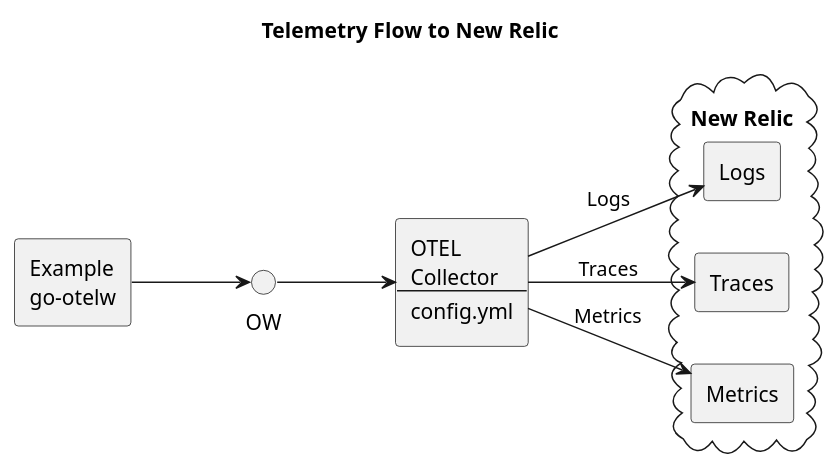
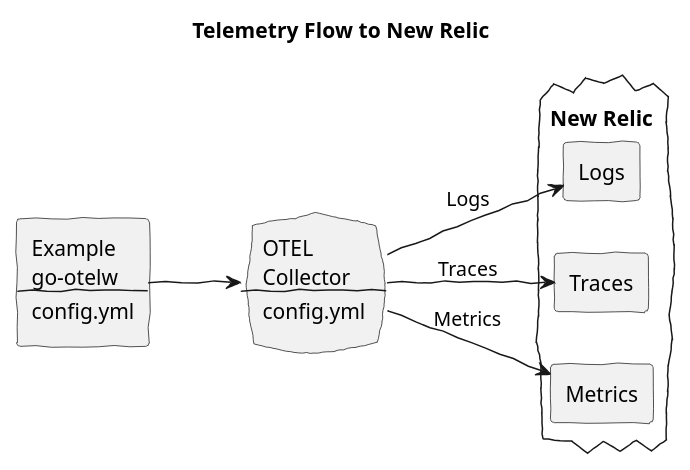
The diagram in docs/diagrams/new-relic.puml (yolkhovyy/go-otelw), drawn with PlantUML before and after one commit. The commit also changed 23 other files, not shown here.

Commit message:
Update diagrams

```diff
--- a/docs/diagrams/new-relic.puml
+++ b/docs/diagrams/new-relic.puml
@@ -1,20 +1,21 @@
 @startuml new-relic
 title Telemetry Flow to New Relic
 left to right direction
+skinparam handwritten true
 
-agent "Example\ngo-otelw" as EX
-agent "OTEL\nCollector\n----\nconfig.yml" as OC
+agent "Example\ngo-otelw\n--\nconfig.yml" as EX
+cloud "OTEL\nCollector\n--\nconfig.yml" as OC
+
 
 cloud "New Relic" {
     agent Logs
     agent Traces
     agent Metrics
 }
 
-EX --> OW
-OW --> OC
+EX --> OC
 OC --> Logs: "Logs"
 OC --> Traces: "Traces"
 OC --> Metrics: "Metrics"
 
 @enduml
```
